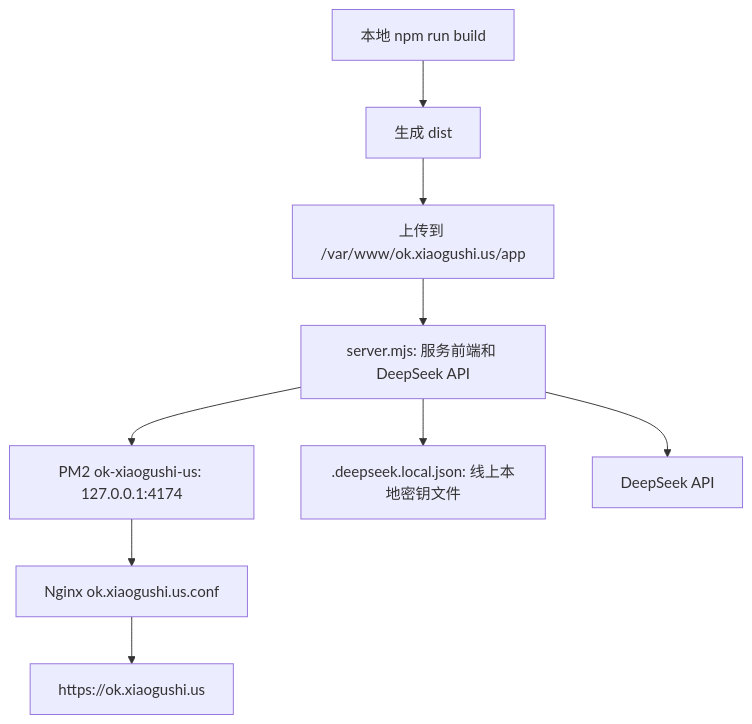
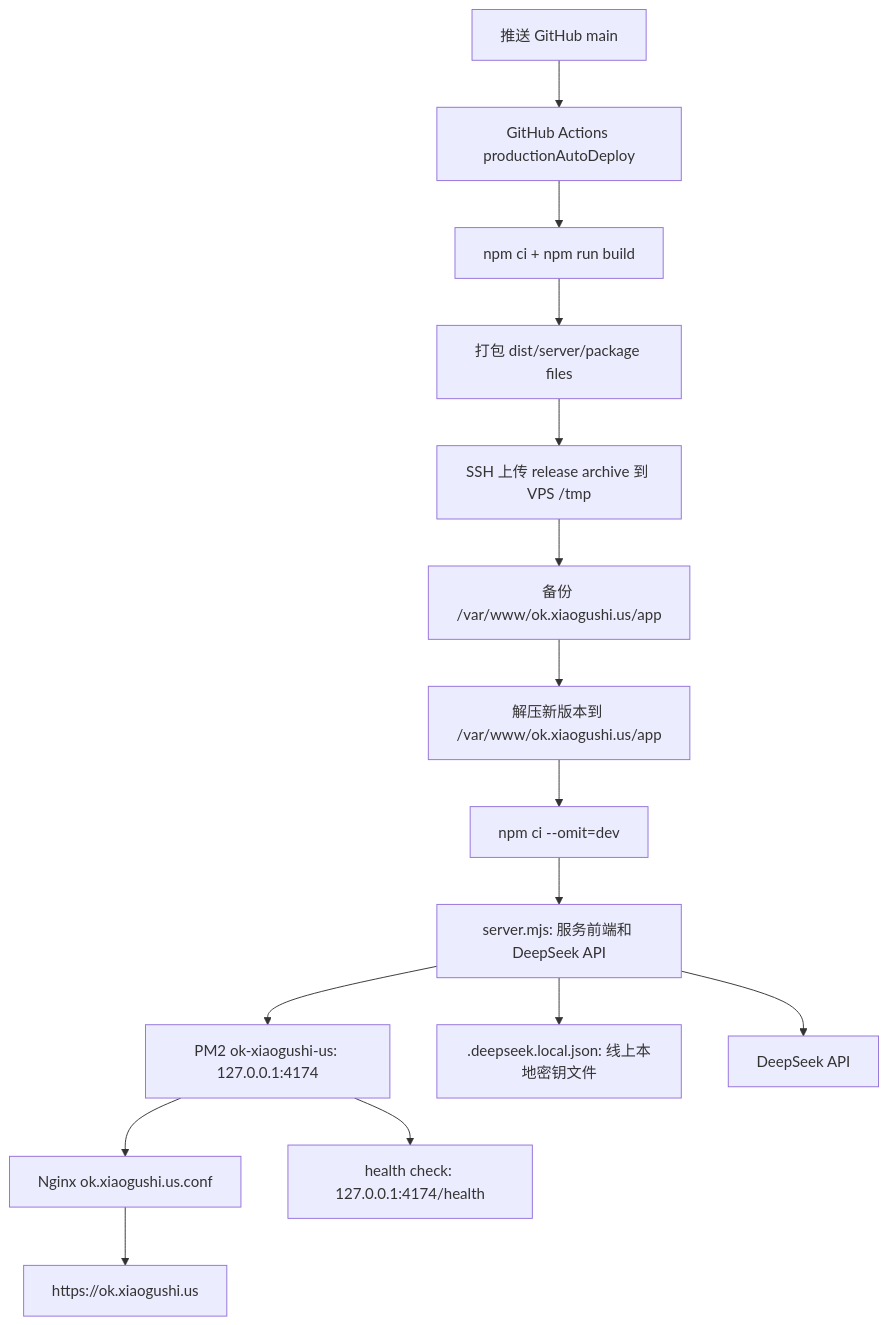
One commit to ttmanthatman/virtual-human-flow changed the third of 9 diagrams in docs/SYSTEM_FLOW.md. Above: the diagram before and after it, drawn with Mermaid. The commit also changed other lines of this file and 4 other files, not shown here.

````diff
--- a/docs/SYSTEM_FLOW.md
+++ b/docs/SYSTEM_FLOW.md
@@ -68,11 +68,17 @@
 ```mermaid
 flowchart TD
-    B[本地 npm run build] --> D[生成 dist]
-    D --> S[上传到 /var/www/ok.xiaogushi.us/app]
-    S --> N[server.mjs: 服务前端和 DeepSeek API]
-    N --> P[PM2 ok-xiaogushi-us: 127.0.0.1:4174]
-    P --> X[Nginx ok.xiaogushi.us.conf]
-    X --> U[https://ok.xiaogushi.us]
-    N --> K[.deepseek.local.json: 线上本地密钥文件]
-    N --> A[DeepSeek API]
+    G[推送 GitHub main] --> GA[GitHub Actions productionAutoDeploy]
+    GA --> BUILD[npm ci + npm run build]
+    BUILD --> PKG[打包 dist/server/package files]
+    PKG --> UPLOAD[SSH 上传 release archive 到 VPS /tmp]
+    UPLOAD --> BACKUP[备份 /var/www/ok.xiaogushi.us/app]
+    BACKUP --> EXTRACT[解压新版本到 /var/www/ok.xiaogushi.us/app]
+    EXTRACT --> INSTALL[npm ci --omit=dev]
+    INSTALL --> SRV[server.mjs: 服务前端和 DeepSeek API]
+    SRV --> PM2[PM2 ok-xiaogushi-us: 127.0.0.1:4174]
+    PM2 --> NGINX[Nginx ok.xiaogushi.us.conf]
+    NGINX --> SITE[https://ok.xiaogushi.us]
+    SRV --> KEY[.deepseek.local.json: 线上本地密钥文件]
+    SRV --> DS[DeepSeek API]
+    PM2 --> HEALTH[health check: 127.0.0.1:4174/health]
 ```
````
